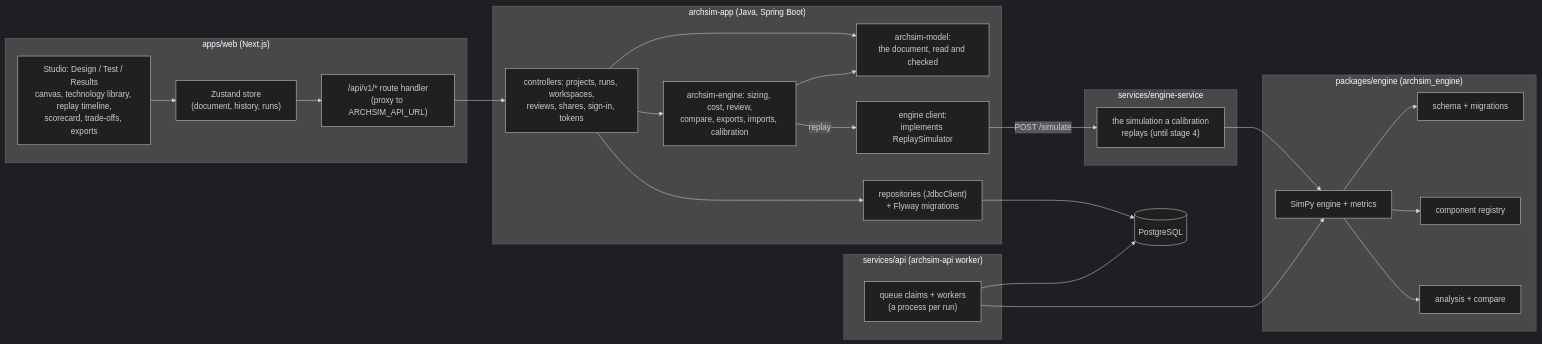
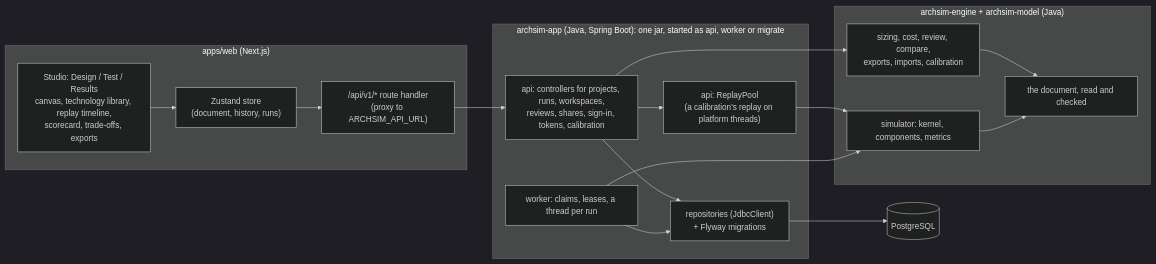
The first of 2 diagrams in docs/architecture.md (dante0747/archsim), drawn with Mermaid (dark theme) before and after one commit. The commit also changed other lines of this file and 19 other files, not shown here.

First line of the commit message:
docs: describe the Java worker and note the deleted Python worker on the ADRs

````diff
--- a/docs/architecture.md
+++ b/docs/architecture.md
@@ -7,39 +7,26 @@
 ```mermaid
 flowchart LR
   subgraph web["apps/web (Next.js)"]
     UI["Studio: Design / Test / Results<br/>canvas, technology library, replay timeline,<br/>scorecard, trade-offs, exports"]
     Store["Zustand store<br/>(document, history, runs)"]
     Proxy["/api/v1/* route handler<br/>(proxy to ARCHSIM_API_URL)"]
   end
-  subgraph api["archsim-app (Java, Spring Boot)"]
-    Controllers["controllers: projects, runs, workspaces,<br/>reviews, shares, sign-in, tokens"]
-    Model["archsim-model:<br/>the document, read and checked"]
-    JEngine["archsim-engine: sizing, cost, review,<br/>compare, exports, imports, calibration"]
-    Client["engine client:<br/>implements ReplaySimulator"]
+  subgraph app["archsim-app (Java, Spring Boot): one jar, started as api, worker or migrate"]
+    Controllers["api: controllers for projects, runs, workspaces,<br/>reviews, shares, sign-in, tokens, calibration"]
+    Replay["api: ReplayPool<br/>(a calibration's replay on platform threads)"]
+    Worker["worker: claims, leases, a thread per run"]
     Repos["repositories (JdbcClient)<br/>+ Flyway migrations"]
   end
-  subgraph engsvc["services/engine-service"]
-    Sync["the simulation a calibration<br/>replays (until stage 4)"]
-  end
-  subgraph workers["services/api (archsim-api worker)"]
-    Jobs["queue claims + workers<br/>(a process per run)"]
-  end
-  subgraph engine["packages/engine (archsim_engine)"]
-    Schema["schema + migrations"]
-    Registry["component registry"]
-    Sim["SimPy engine + metrics"]
-    Analysis["analysis + compare"]
+  subgraph jengine["archsim-engine + archsim-model (Java)"]
+    Model["the document, read and checked"]
+    JEngine["sizing, cost, review, compare,<br/>exports, imports, calibration"]
+    Sim["simulator: kernel, components, metrics"]
   end
   DB[("PostgreSQL")]
   UI --> Store --> Proxy --> Controllers
-  Controllers --> Model
   Controllers --> JEngine --> Model
-  JEngine -->|replay| Client -->|POST /simulate| Sync
+  Controllers --> Replay --> Sim
   Controllers --> Repos --> DB
-  Sync --> Sim
-  Jobs --> DB
-  Jobs --> Sim
-  Sim --> Schema
-  Sim --> Registry
-  Sim --> Analysis
+  Worker --> Repos
+  Worker --> Sim --> Model
 ```
````
